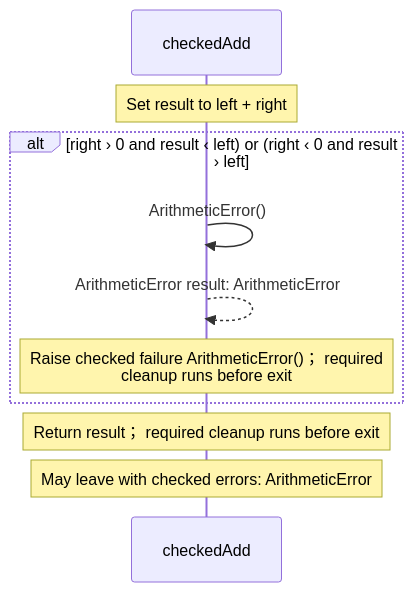
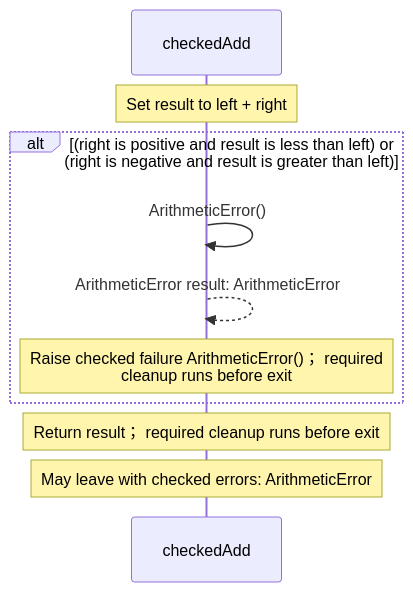
Before and after one commit to GreenPandaStudios/augscript: the first of 7 diagrams in src/stdlib/math/integers.aug.diagrams.md, drawn with Mermaid. The commit also changed other lines of this file and 658 other files, not shown here.

````diff
--- a/src/stdlib/math/integers.aug.diagrams.md
+++ b/src/stdlib/math/integers.aug.diagrams.md
@@ -18,13 +24,13 @@
 ```mermaid
 sequenceDiagram
     participant p0 as checkedAdd
 
     Note over p0: Set result to left + right
-    alt right › 0 and result ‹ left) or (right ‹ 0 and result › left
+    alt (right is positive and result is less than left) or<br/>(right is negative and result is greater than left)
     p0->>p0: ArithmeticError()
     p0-->>p0: ArithmeticError result: ArithmeticError
     Note over p0: Raise checked failure ArithmeticError()； required<br/>cleanup runs before exit
     end
     Note over p0: Return result； required cleanup runs before exit
     Note over p0: May leave with checked errors: ArithmeticError
 ```
````
